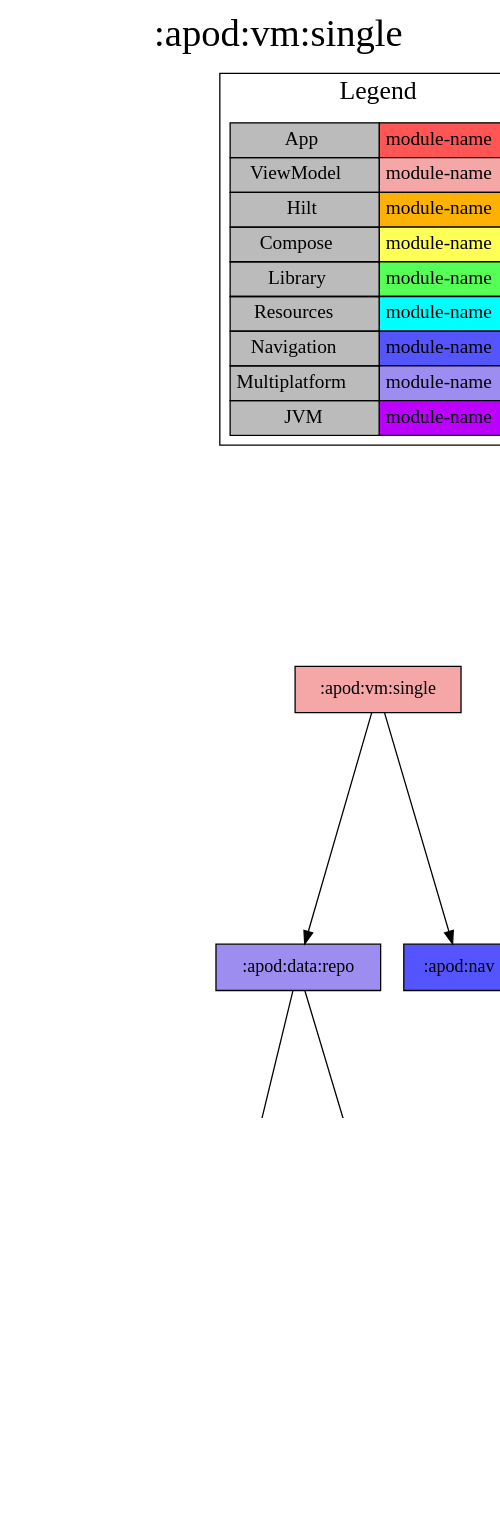
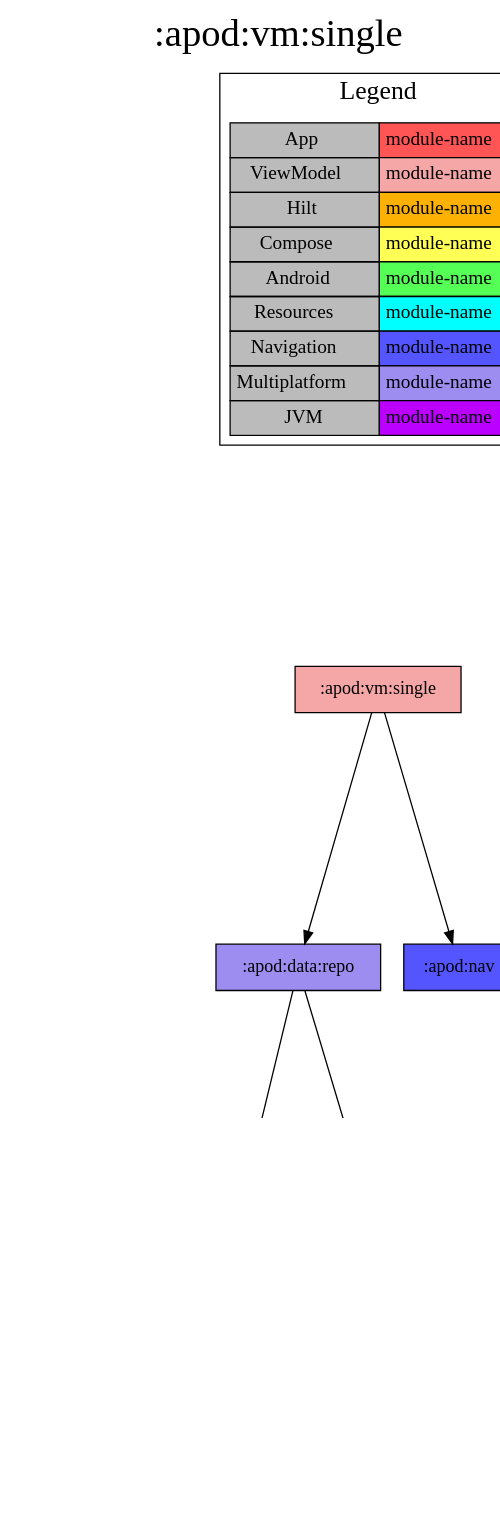
Before and after one commit to jonapoul/nasa-android: the diagram in modules/apod/vm/single/project-dependency-graph.dot, drawn with Graphviz. The commit also changed 104 other files, not shown here.

Commit message:
Change android library diagram label

```diff
--- a/modules/apod/vm/single/project-dependency-graph.dot
+++ b/modules/apod/vm/single/project-dependency-graph.dot
@@ -1,41 +1,41 @@
 digraph {
 edge ["dir"="forward"]
 graph ["dpi"="100","label"=":apod:vm:single","labelloc"="t","fontsize"="30","ranksep"="2.5","rankdir"="TB"]
 node ["style"="filled"]
 ":apod:vm:single" ["fillcolor"="#F5A6A6","shape"="box"]
 ":apod:data:repo" ["fillcolor"="#9D8DF1","shape"="box"]
 ":apod:data:api" ["fillcolor"="#9D8DF1","shape"="box"]
 ":apod:model" ["fillcolor"="#BB00FF","shape"="box"]
 ":core:model" ["fillcolor"="#BB00FF","shape"="box"]
 ":db" ["fillcolor"="#9D8DF1","shape"="box"]
 ":gallery:model" ["fillcolor"="#BB00FF","shape"="box"]
 ":apod:nav" ["fillcolor"="#5555FF","shape"="box"]
 {
 edge ["dir"="none"]
 graph ["rank"="same"]
 }
 ":apod:vm:single" -> ":apod:data:repo"
 ":apod:vm:single" -> ":apod:nav"
 ":apod:data:repo" -> ":apod:data:api"
 ":apod:data:repo" -> ":db"
 ":apod:data:api" -> ":apod:model"
 ":apod:data:api" -> ":core:model"
 ":db" -> ":gallery:model"
 subgraph "cluster_legend" {
 edge ["dir"="none"]
 graph ["label"="Legend","fontsize"="20"]
 "Legend" ["style"="filled","fillcolor"="#bbbbbb","shape"="none","margin"="0","fontsize"="15","label"=<
 <TABLE BORDER="0" CELLBORDER="1" CELLSPACING="0" CELLPADDING="4">
 <TR><TD>App</TD><TD BGCOLOR="#FF5555">module-name</TD></TR>
 <TR><TD>ViewModel</TD><TD BGCOLOR="#F5A6A6">module-name</TD></TR>
 <TR><TD>Hilt</TD><TD BGCOLOR="#FCB103">module-name</TD></TR>
 <TR><TD>Compose</TD><TD BGCOLOR="#FFFF55">module-name</TD></TR>
-<TR><TD>Library</TD><TD BGCOLOR="#55FF55">module-name</TD></TR>
+<TR><TD>Android</TD><TD BGCOLOR="#55FF55">module-name</TD></TR>
 <TR><TD>Resources</TD><TD BGCOLOR="#00FFFF">module-name</TD></TR>
 <TR><TD>Navigation</TD><TD BGCOLOR="#5555FF">module-name</TD></TR>
 <TR><TD>Multiplatform</TD><TD BGCOLOR="#9D8DF1">module-name</TD></TR>
 <TR><TD>JVM</TD><TD BGCOLOR="#BB00FF">module-name</TD></TR>
 </TABLE>
 >]
 } -> ":apod:vm:single" ["style"="invis"]
 }
```
